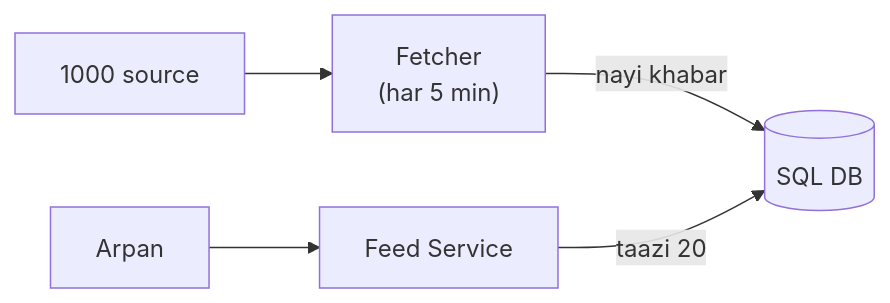
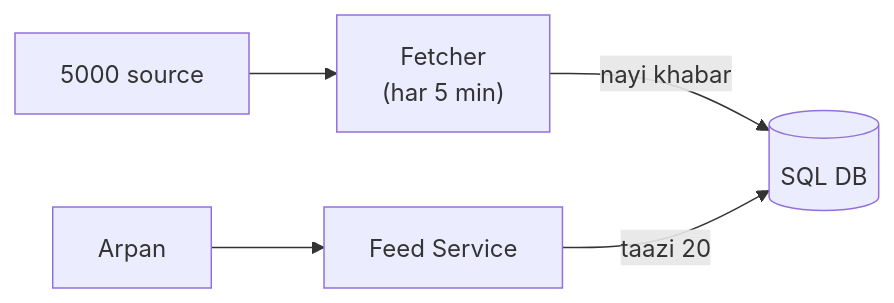
One commit to ArpanMaheshwari144/Prep changed the first of 8 diagrams in 04_HLD/SYSTEM_DESIGNS/08_news_aggregator/08_news_aggregator.md. Above: the diagram before and after it, drawn with Mermaid. The commit also changed other lines of this file, not shown here.

````diff
--- a/04_HLD/SYSTEM_DESIGNS/08_news_aggregator/08_news_aggregator.md
+++ b/04_HLD/SYSTEM_DESIGNS/08_news_aggregator/08_news_aggregator.md
@@ -65,7 +68,7 @@
 ```mermaid
 flowchart LR
-    S["1000 source"] --> F["Fetcher<br/>(har 5 min)"]
+    S["5000 source"] --> F["Fetcher<br/>(har 5 min)"]
     F -- "nayi khabar" --> D[("SQL DB")]
     A["Arpan"] --> FS["Feed Service"]
     FS -- "taazi 20" --> D
 ```
````
